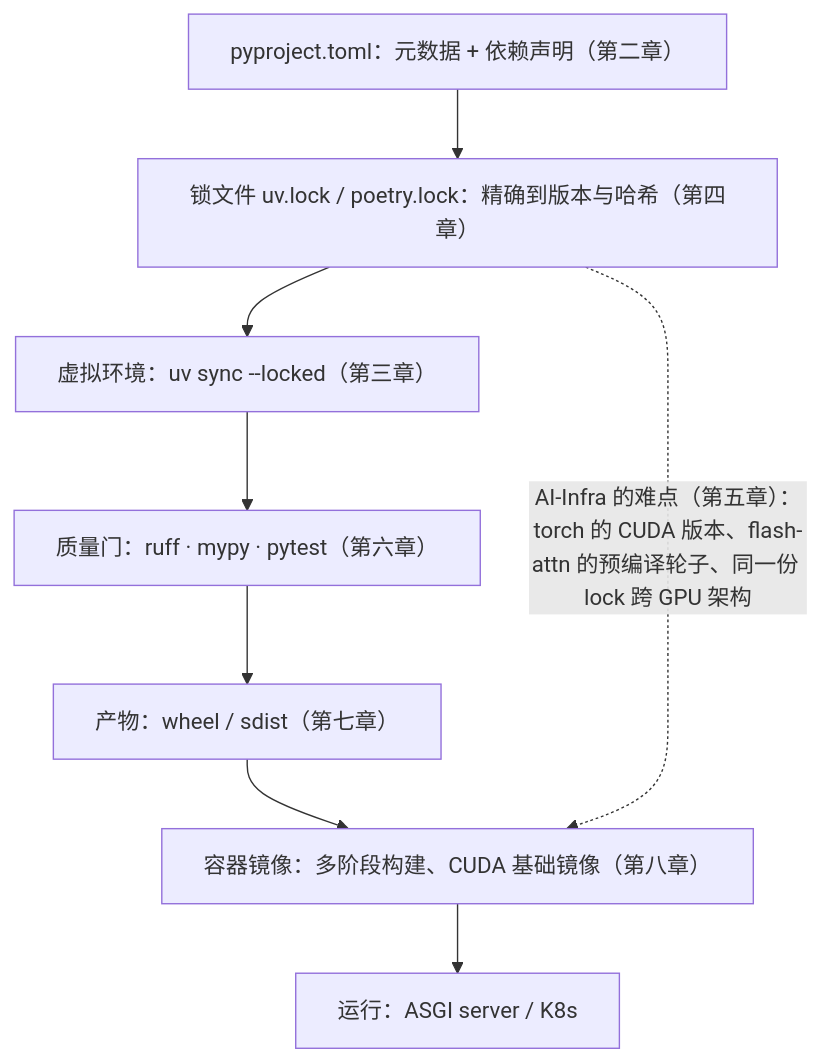
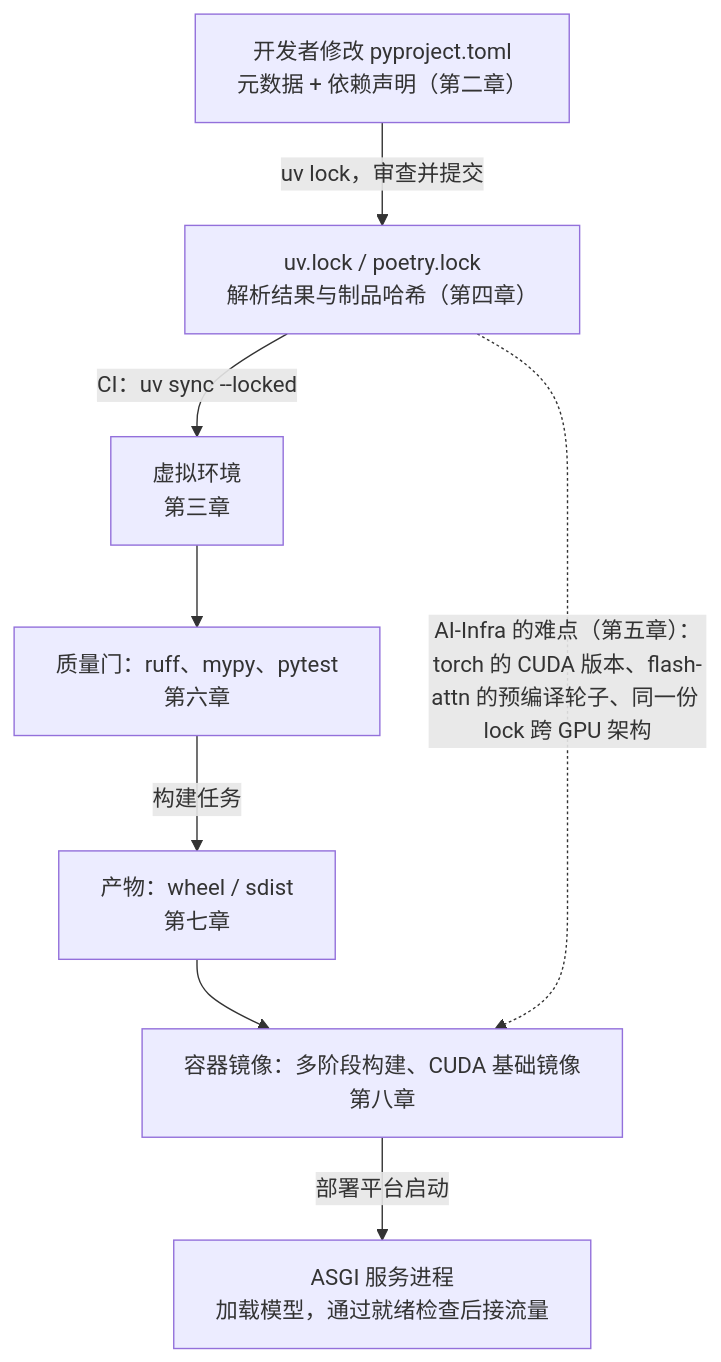
One commit to arganzheng/arganzheng.github.com changed the first of 5 diagrams in _posts/2026-01-30-python-engineering-and-production-delivery.md. Above: the diagram before and after it, drawn with Mermaid. The commit also changed other lines of this file and 1 other file, not shown here.

Commit message:
Python 02下与07：补齐数据流图、就近 Java 对照并修正交付边界

````diff
--- a/_posts/2026-01-30-python-engineering-and-production-delivery.md
+++ b/_posts/2026-01-30-python-engineering-and-production-delivery.md
@@ -44,13 +46,13 @@
 ```mermaid
+%% 图：从 pyproject 到运行：锁文件 → 虚拟环境 → 质量门 → wheel → 容器镜像
 %%{init: {"flowchart": {"wrappingWidth": 400}}}%%
-%% 图：从 pyproject 到运行：锁文件 → 虚拟环境 → 质量门 → wheel → 容器镜像
 flowchart TB
-    A["pyproject.toml：元数据 + 依赖声明（第二章）"] --> B["锁文件 uv.lock / poetry.lock：精确到版本与哈希（第四章）"]
-    B --> C["虚拟环境：uv sync --locked（第三章）"]
-    C --> D["质量门：ruff · mypy · pytest（第六章）"]
-    D --> E["产物：wheel / sdist（第七章）"]
-    E --> F["容器镜像：多阶段构建、CUDA 基础镜像（第八章）"]
-    F --> G["运行：ASGI server / K8s"]
+    A["开发者修改 pyproject.toml<br/>元数据 + 依赖声明（第二章）"] -- "uv lock，审查并提交" --> B["uv.lock / poetry.lock<br/>解析结果与制品哈希（第四章）"]
+    B -- "CI：uv sync --locked" --> C["虚拟环境<br/>第三章"]
+    C --> D["质量门：ruff、mypy、pytest<br/>第六章"]
+    D -- "构建任务" --> E["产物：wheel / sdist<br/>第七章"]
+    E --> F["容器镜像：多阶段构建、CUDA 基础镜像<br/>第八章"]
+    F -- "部署平台启动" --> G["ASGI 服务进程<br/>加载模型，通过就绪检查后接流量"]
     B -. "AI-Infra 的难点（第五章）：torch 的 CUDA 版本、flash-attn 的预编译轮子、同一份 lock 跨 GPU 架构" .-> F
 
 ```
````
